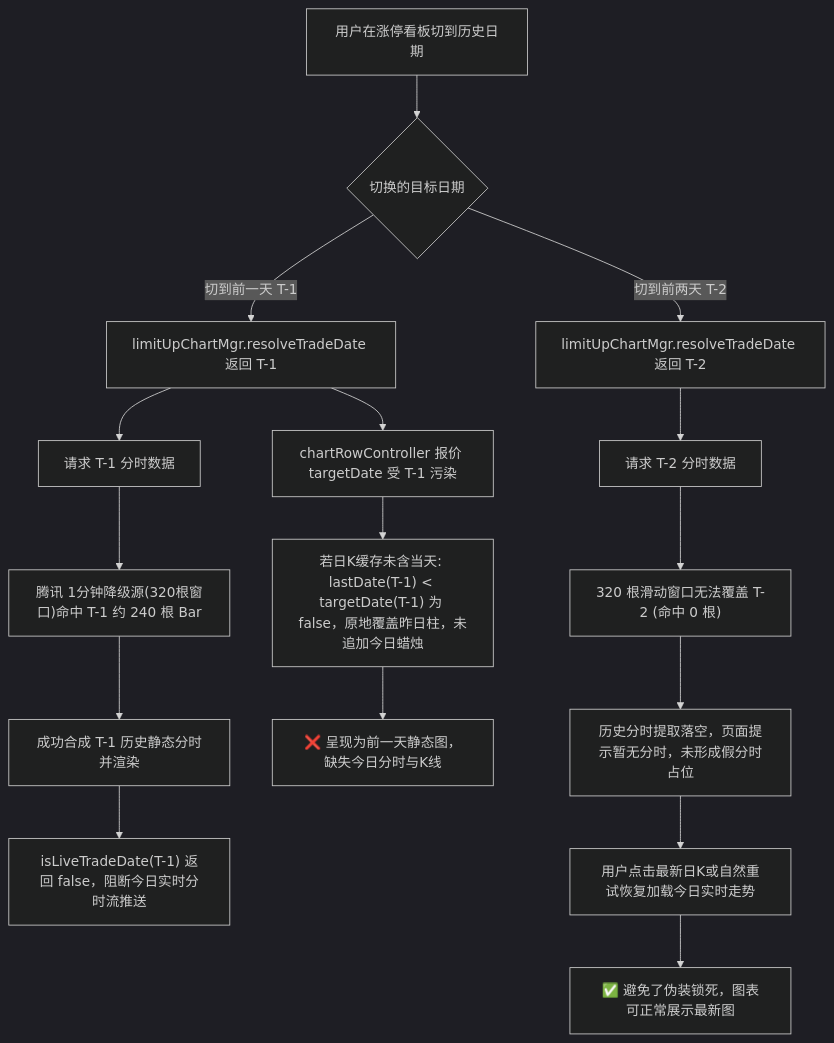
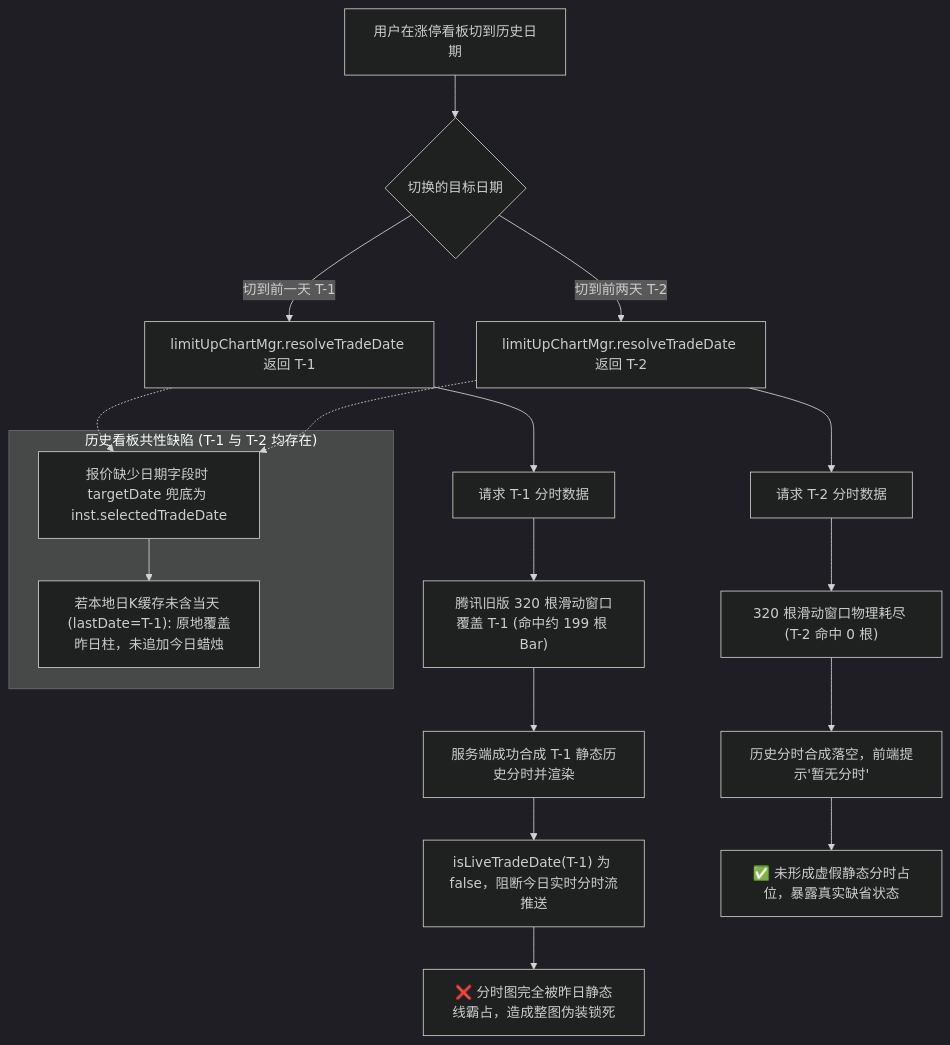
One commit to SeptYagu/market-voice-alert changed the diagram in docs/handoff/2026-09-14-limit-up-chart-date-flip-investigation-and-resolution-handoff.md. Above: the diagram before and after it, drawn with Mermaid (dark theme). The commit also changed other lines of this file, not shown here.

````diff
--- a/docs/handoff/2026-09-14-limit-up-chart-date-flip-investigation-and-resolution-handoff.md
+++ b/docs/handoff/2026-09-14-limit-up-chart-date-flip-investigation-and-resolution-handoff.md
@@ -16,20 +16,24 @@
 ```mermaid
 flowchart TD
     A["用户在涨停看板切到历史日期"] --> B{"切换的目标日期"}
     B -->|切到前一天 T-1| C["limitUpChartMgr.resolveTradeDate 返回 T-1"]
     B -->|切到前两天 T-2| D["limitUpChartMgr.resolveTradeDate 返回 T-2"]
     
     C --> E["请求 T-1 分时数据"]
-    E --> F["腾讯 1分钟降级源(320根窗口)命中 T-1 约 240 根 Bar"]
-    F --> G["成功合成 T-1 历史静态分时并渲染"]
-    G --> H["isLiveTradeDate(T-1) 返回 false，阻断今日实时分时流推送"]
-    C --> I["chartRowController 报价 targetDate 受 T-1 污染"]
-    I --> J["若日K缓存未含当天: lastDate(T-1) < targetDate(T-1) 为 false，原地覆盖昨日柱，未追加今日蜡烛"]
-    J --> K["❌ 呈现为前一天静态图，缺失今日分时与K线"]
+    E --> F["腾讯旧版 320 根滑动窗口覆盖 T-1 (命中约 199 根 Bar)"]
+    F --> G["服务端成功合成 T-1 静态历史分时并渲染"]
+    G --> H["isLiveTradeDate(T-1) 为 false，阻断今日实时分时流推送"]
+    H --> I["❌ 分时图完全被昨日静态线霸占，造成整图伪装锁死"]
 
-    D --> L["请求 T-2 分时数据"]
-    L --> M["320 根滑动窗口无法覆盖 T-2 (命中 0 根)"]
-    M --> N["历史分时提取落空，页面提示暂无分时，未形成假分时占位"]
-    N --> O["用户点击最新日K或自然重试恢复加载今日实时走势"]
-    O --> P["✅ 避免了伪装锁死，图表可正常展示最新图"]
+    D --> J["请求 T-2 分时数据"]
+    J --> K["320 根滑动窗口物理耗尽 (T-2 命中 0 根)"]
+    K --> L["历史分时合成落空，前端提示'暂无分时'"]
+    L --> M["✅ 未形成虚假静态分时占位，暴露真实缺省状态"]
+
+    subgraph 共性缺陷["历史看板共性缺陷 (T-1 与 T-2 均存在)"]
+        N["报价缺少日期字段时 targetDate 兜底为 inst.selectedTradeDate"]
+        N --> O["若本地日K缓存未含当天 (lastDate=T-1): 原地覆盖昨日柱，未追加今日蜡烛"]
+    end
+    C -.-> N
+    D -.-> N
 ```
````
